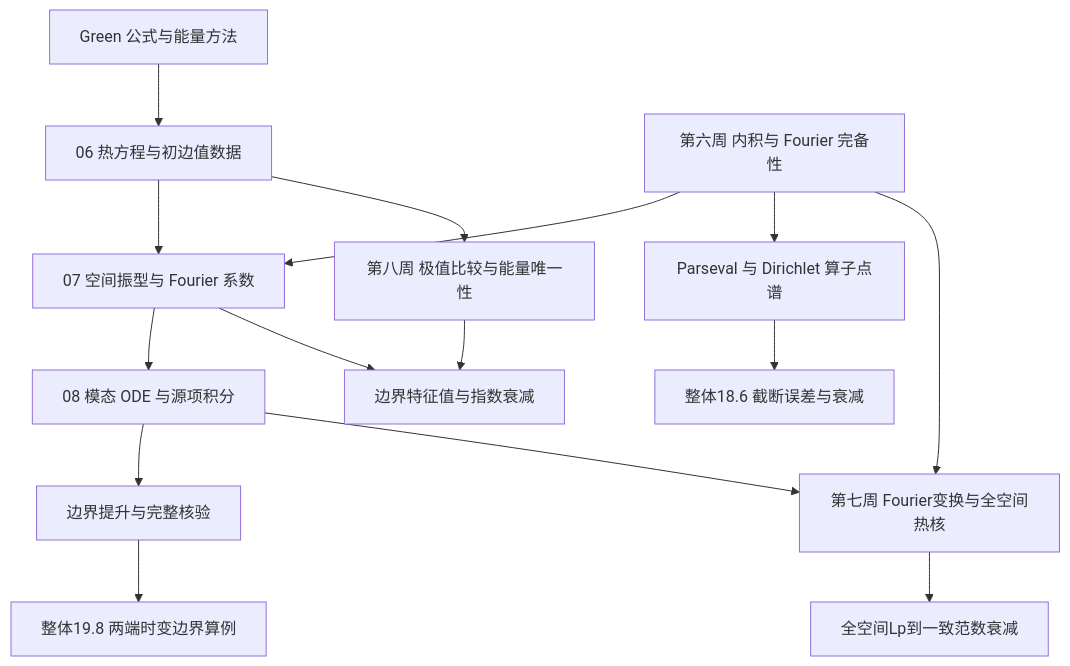
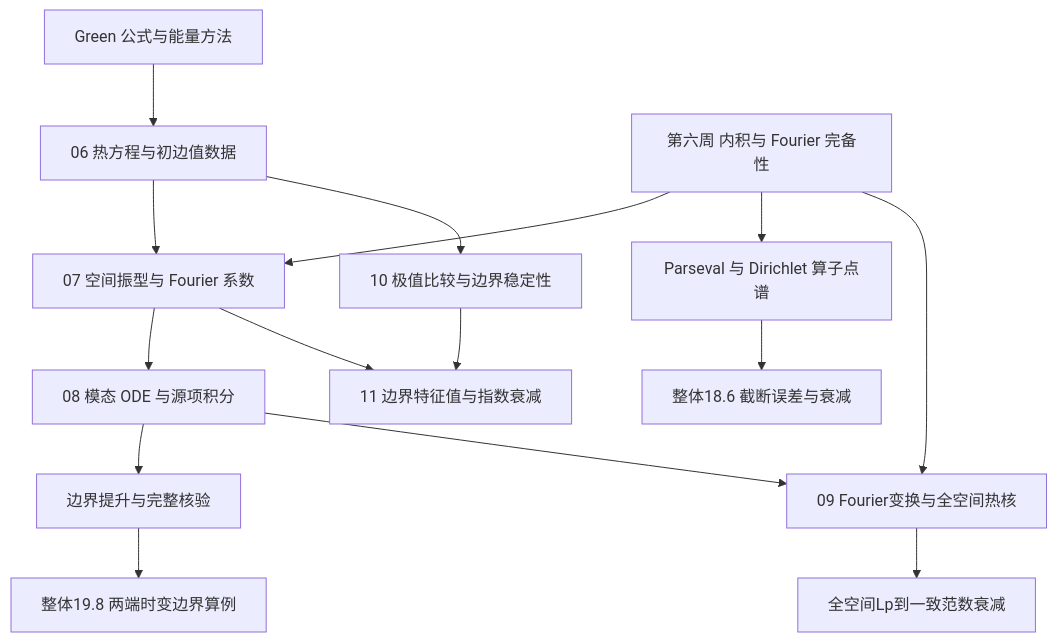
One commit to xsoc1/math-notes changed the second of 3 diagrams in 数学物理方程/00_课程笔记总览.md. Above: the diagram before and after it, drawn with Mermaid. The commit also changed other lines of this file and 15 other files, not shown here.

````diff
--- a/数学物理方程/00_课程笔记总览.md
+++ b/数学物理方程/00_课程笔记总览.md
@@ -98,17 +102,17 @@
 ```mermaid
 flowchart TD
 	P[Green 公式与能量方法] --> F[06 热方程与初边值数据]
 	F --> G[07 空间振型与 Fourier 系数]
 	G --> H[08 模态 ODE 与源项积分]
 	H --> I[边界提升与完整核验]
 	J[第六周 内积与 Fourier 完备性] --> G
 	J --> K[Parseval 与 Dirichlet 算子点谱]
 	K --> M[整体18.6 截断误差与衰减]
 	I --> N[整体19.8 两端时变边界算例]
-	J --> O[第七周 Fourier变换与全空间热核]
+	J --> O[09 Fourier变换与全空间热核]
 	H --> O
-	F --> V[第八周 极值比较与能量唯一性]
+	F --> V[10 极值比较与边界稳定性]
 	O --> W[全空间Lp到一致范数衰减]
-	V --> X[边界特征值与指数衰减]
+	V --> X[11 边界特征值与指数衰减]
 	G --> X
 ```
````
